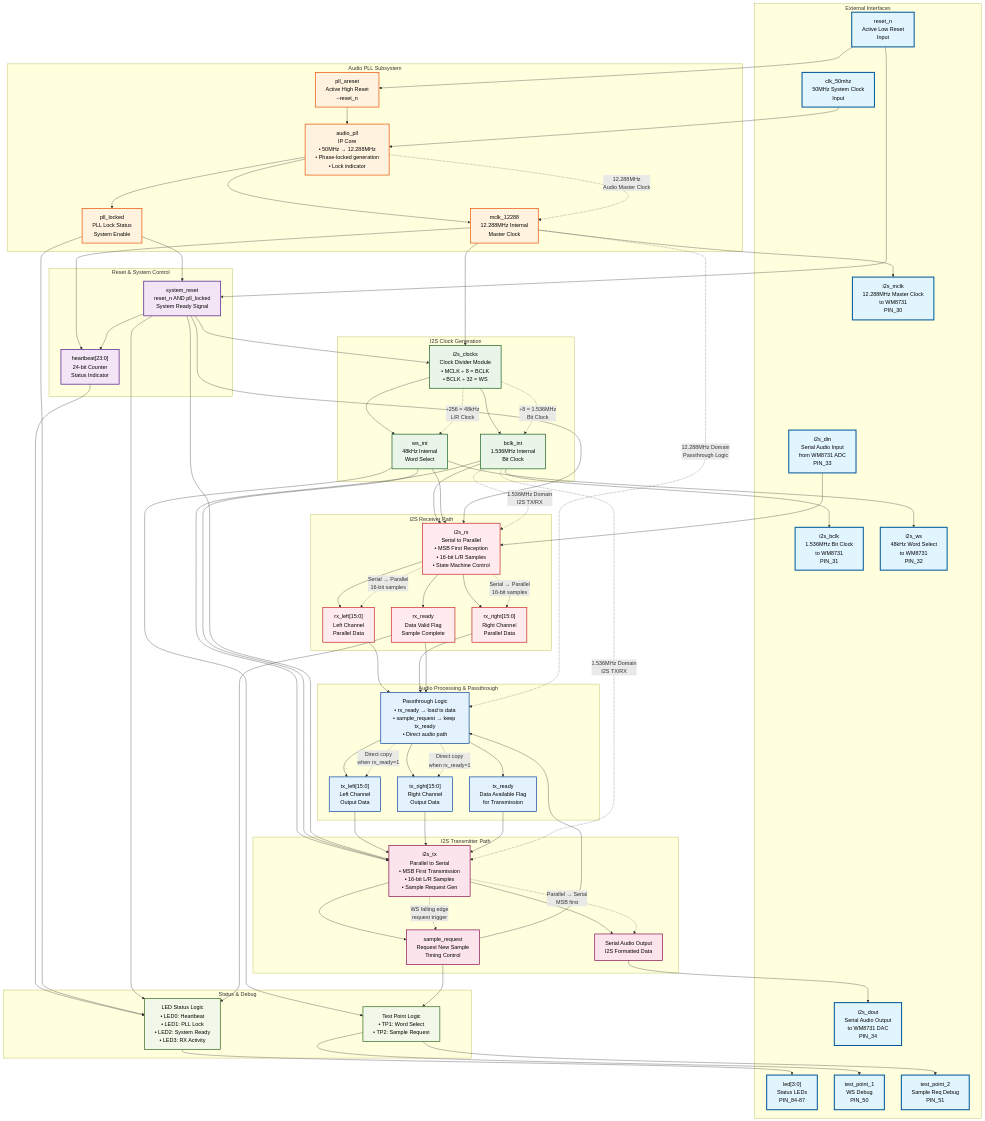
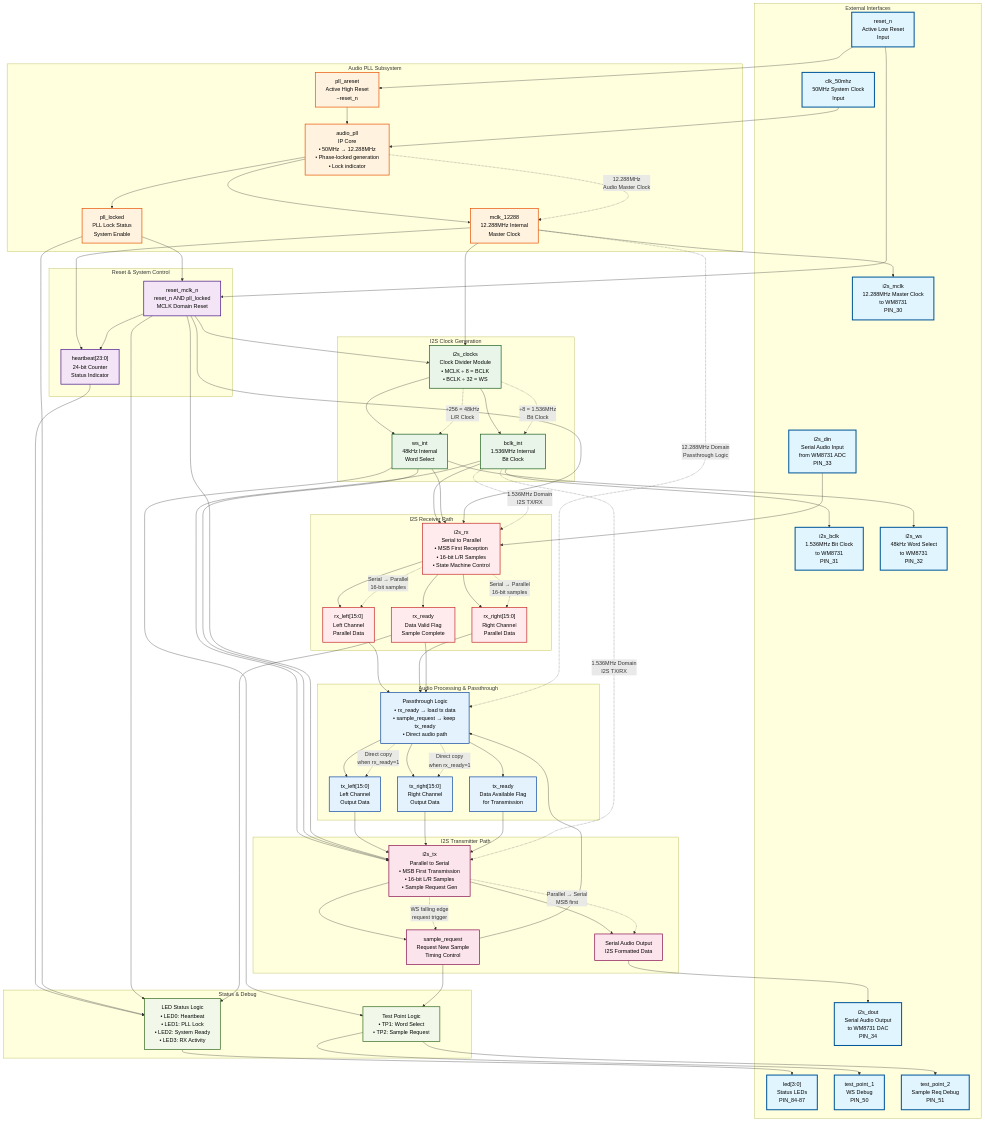
The diagram in docs/audio_dsp_top_system_diagram.mmd (bondieffects/audio_dsp), drawn with Mermaid before and after one commit.

Commit message:
Updated block diagram

```diff
--- a/docs/audio_dsp_top_system_diagram.mmd
+++ b/docs/audio_dsp_top_system_diagram.mmd
@@ -1,162 +1,162 @@
 flowchart TB
     %% Audio DSP Top Level System Architecture
 
     subgraph external ["External Interfaces"]
         CLK50["clk_50mhz<br/>50MHz System Clock<br/>Input"]
         RST_IN["reset_n<br/>Active Low Reset<br/>Input"]
         I2S_DIN["i2s_din<br/>Serial Audio Input<br/>from WM8731 ADC<br/>PIN_33"]
         
         I2S_MCLK["i2s_mclk<br/>12.288MHz Master Clock<br/>to WM8731<br/>PIN_30"]
         I2S_BCLK["i2s_bclk<br/>1.536MHz Bit Clock<br/>to WM8731<br/>PIN_31"]
         I2S_WS["i2s_ws<br/>48kHz Word Select<br/>to WM8731<br/>PIN_32"]
         I2S_DOUT["i2s_dout<br/>Serial Audio Output<br/>to WM8731 DAC<br/>PIN_34"]
         
         LEDS["led[3:0]<br/>Status LEDs<br/>PIN_84-87"]
         TEST1["test_point_1<br/>WS Debug<br/>PIN_50"]
         TEST2["test_point_2<br/>Sample Req Debug<br/>PIN_51"]
     end
 
     subgraph pll_subsystem ["Audio PLL Subsystem"]
         PLL["audio_pll<br/>IP Core<br/>• 50MHz → 12.288MHz<br/>• Phase-locked generation<br/>• Lock indicator"]
         PLL_RST["pll_areset<br/>Active High Reset<br/>~reset_n"]
         PLL_LOCK["pll_locked<br/>PLL Lock Status<br/>System Enable"]
         MCLK_INT["mclk_12288<br/>12.288MHz Internal<br/>Master Clock"]
     end
 
     subgraph reset_logic ["Reset & System Control"]
-        SYS_RST["system_reset<br/>reset_n AND pll_locked<br/>System Ready Signal"]
+        SYS_RST["reset_mclk_n<br/>reset_n AND pll_locked<br/>MCLK Domain Reset"]
         HEARTBEAT["heartbeat[23:0]<br/>24-bit Counter<br/>Status Indicator"]
     end
 
     subgraph clock_gen ["I2S Clock Generation"]
         I2S_CLKS["i2s_clocks<br/>Clock Divider Module<br/>• MCLK ÷ 8 = BCLK<br/>• BCLK ÷ 32 = WS"]
         BCLK_INT["bclk_int<br/>1.536MHz Internal<br/>Bit Clock"]
         WS_INT["ws_int<br/>48kHz Internal<br/>Word Select"]
     end
 
     subgraph audio_rx ["I2S Receiver Path"]
         RX_MODULE["i2s_rx<br/>Serial to Parallel<br/>• MSB First Reception<br/>• 16-bit L/R Samples<br/>• State Machine Control"]
         RX_LEFT["rx_left[15:0]<br/>Left Channel<br/>Parallel Data"]
         RX_RIGHT["rx_right[15:0]<br/>Right Channel<br/>Parallel Data"]
         RX_READY["rx_ready<br/>Data Valid Flag<br/>Sample Complete"]
     end
 
     subgraph passthrough ["Audio Processing & Passthrough"]
         PASS_LOGIC["Passthrough Logic<br/>• rx_ready → load tx data<br/>• sample_request → keep tx_ready<br/>• Direct audio path"]
         TX_LEFT["tx_left[15:0]<br/>Left Channel<br/>Output Data"]
         TX_RIGHT["tx_right[15:0]<br/>Right Channel<br/>Output Data"]
         TX_READY["tx_ready<br/>Data Available Flag<br/>for Transmission"]
     end
 
     subgraph audio_tx ["I2S Transmitter Path"]
         TX_MODULE["i2s_tx<br/>Parallel to Serial<br/>• MSB First Transmission<br/>• 16-bit L/R Samples<br/>• Sample Request Gen"]
         SAMPLE_REQ["sample_request<br/>Request New Sample<br/>Timing Control"]
         TX_SERIAL["Serial Audio Output<br/>I2S Formatted Data"]
     end
 
     subgraph status_debug ["Status & Debug"]
         LED_LOGIC["LED Status Logic<br/>• LED0: Heartbeat<br/>• LED1: PLL Lock<br/>• LED2: System Ready<br/>• LED3: RX Activity"]
         TEST_LOGIC["Test Point Logic<br/>• TP1: Word Select<br/>• TP2: Sample Request"]
     end
 
     %% External Input Connections
     CLK50 --> PLL
     RST_IN --> PLL_RST
     RST_IN --> SYS_RST
     I2S_DIN --> RX_MODULE
 
     %% PLL Subsystem Flow
     PLL_RST --> PLL
     PLL --> MCLK_INT
     PLL --> PLL_LOCK
     PLL_LOCK --> SYS_RST
 
     %% Clock Generation Flow
     MCLK_INT --> I2S_CLKS
     SYS_RST --> I2S_CLKS
     I2S_CLKS --> BCLK_INT
     I2S_CLKS --> WS_INT
 
     %% Audio RX Flow
     BCLK_INT --> RX_MODULE
     WS_INT --> RX_MODULE
     SYS_RST --> RX_MODULE
     RX_MODULE --> RX_LEFT
     RX_MODULE --> RX_RIGHT
     RX_MODULE --> RX_READY
 
     %% Passthrough Logic Flow
     RX_LEFT --> PASS_LOGIC
     RX_RIGHT --> PASS_LOGIC
     RX_READY --> PASS_LOGIC
     SAMPLE_REQ --> PASS_LOGIC
     PASS_LOGIC --> TX_LEFT
     PASS_LOGIC --> TX_RIGHT
     PASS_LOGIC --> TX_READY
 
     %% Audio TX Flow
     BCLK_INT --> TX_MODULE
     WS_INT --> TX_MODULE
     SYS_RST --> TX_MODULE
     TX_LEFT --> TX_MODULE
     TX_RIGHT --> TX_MODULE
     TX_READY --> TX_MODULE
     TX_MODULE --> SAMPLE_REQ
     TX_MODULE --> TX_SERIAL
 
     %% Status and Debug
     MCLK_INT --> HEARTBEAT
     SYS_RST --> HEARTBEAT
     HEARTBEAT --> LED_LOGIC
     PLL_LOCK --> LED_LOGIC
     SYS_RST --> LED_LOGIC
     RX_READY --> LED_LOGIC
     WS_INT --> TEST_LOGIC
     SAMPLE_REQ --> TEST_LOGIC
 
     %% External Output Connections
     MCLK_INT --> I2S_MCLK
     BCLK_INT --> I2S_BCLK
     WS_INT --> I2S_WS
     TX_SERIAL --> I2S_DOUT
     LED_LOGIC --> LEDS
     TEST_LOGIC --> TEST1
     TEST_LOGIC --> TEST2
 
     %% Detailed Data Flow Annotations
     PLL -.->|"12.288MHz<br/>Audio Master Clock"| MCLK_INT
     I2S_CLKS -.->|"÷8 = 1.536MHz<br/>Bit Clock"| BCLK_INT
     I2S_CLKS -.->|"÷256 = 48kHz<br/>L/R Clock"| WS_INT
     
     RX_MODULE -.->|"Serial → Parallel<br/>16-bit samples"| RX_LEFT
     RX_MODULE -.->|"Serial → Parallel<br/>16-bit samples"| RX_RIGHT
     
     PASS_LOGIC -.->|"Direct copy<br/>when rx_ready=1"| TX_LEFT
     PASS_LOGIC -.->|"Direct copy<br/>when rx_ready=1"| TX_RIGHT
     
     TX_MODULE -.->|"Parallel → Serial<br/>MSB first"| TX_SERIAL
     TX_MODULE -.->|"WS falling edge<br/>request trigger"| SAMPLE_REQ
 
     %% Clock Domain Annotations
     MCLK_INT -.->|"12.288MHz Domain<br/>Passthrough Logic"| PASS_LOGIC
     BCLK_INT -.->|"1.536MHz Domain<br/>I2S TX/RX"| RX_MODULE
     BCLK_INT -.->|"1.536MHz Domain<br/>I2S TX/RX"| TX_MODULE
 
     %% Styling
     classDef externalStyle fill:#e1f5fe,stroke:#01579b,stroke-width:3px,color:#000
     classDef pllStyle fill:#fff3e0,stroke:#e65100,stroke-width:2px,color:#000
     classDef resetStyle fill:#f3e5f5,stroke:#4a148c,stroke-width:2px,color:#000
     classDef clockStyle fill:#e8f5e8,stroke:#1b5e20,stroke-width:2px,color:#000
     classDef rxStyle fill:#ffebee,stroke:#c62828,stroke-width:2px,color:#000
     classDef processStyle fill:#e3f2fd,stroke:#0d47a1,stroke-width:2px,color:#000
     classDef txStyle fill:#fce4ec,stroke:#880e4f,stroke-width:2px,color:#000
     classDef statusStyle fill:#f1f8e9,stroke:#33691e,stroke-width:2px,color:#000
 
     class CLK50,RST_IN,I2S_DIN,I2S_MCLK,I2S_BCLK,I2S_WS,I2S_DOUT,LEDS,TEST1,TEST2 externalStyle
     class PLL,PLL_RST,PLL_LOCK,MCLK_INT pllStyle
     class SYS_RST,HEARTBEAT resetStyle
     class I2S_CLKS,BCLK_INT,WS_INT clockStyle
     class RX_MODULE,RX_LEFT,RX_RIGHT,RX_READY rxStyle
     class PASS_LOGIC,TX_LEFT,TX_RIGHT,TX_READY processStyle
     class TX_MODULE,SAMPLE_REQ,TX_SERIAL txStyle
     class LED_LOGIC,TEST_LOGIC statusStyle
```
